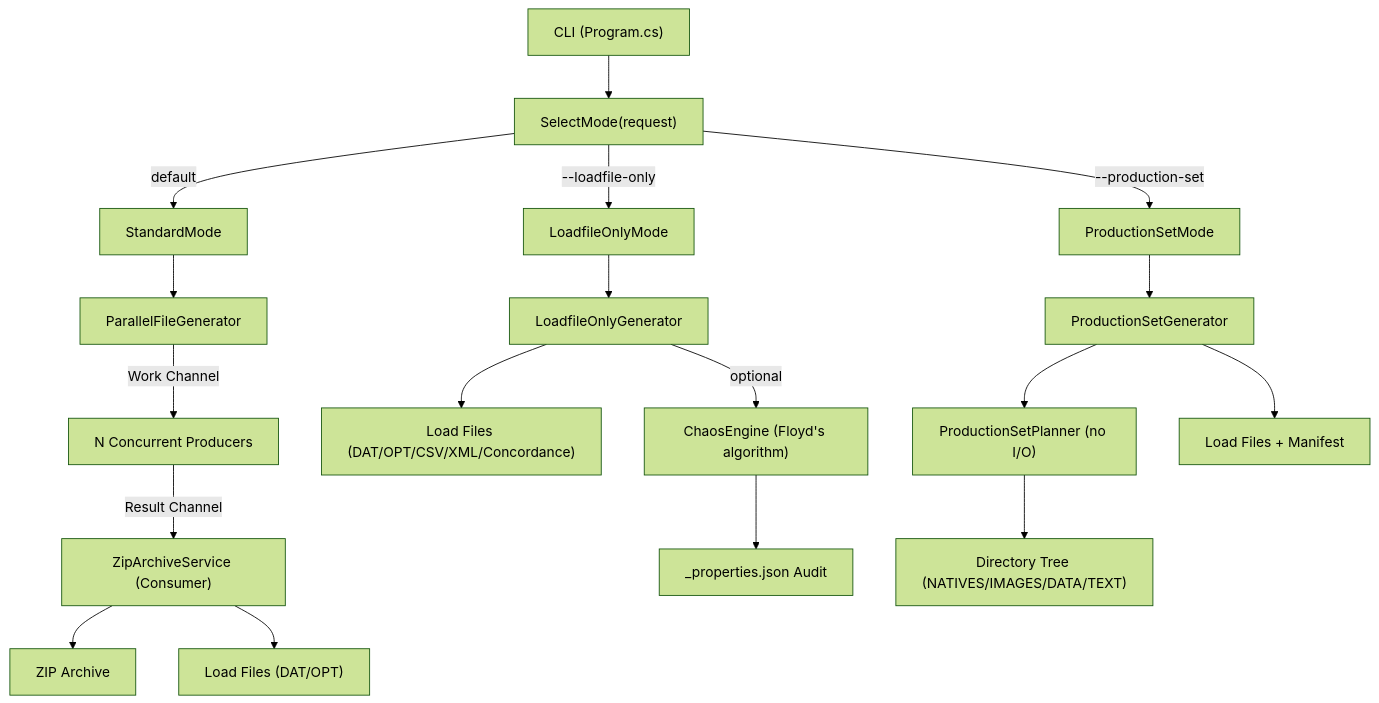
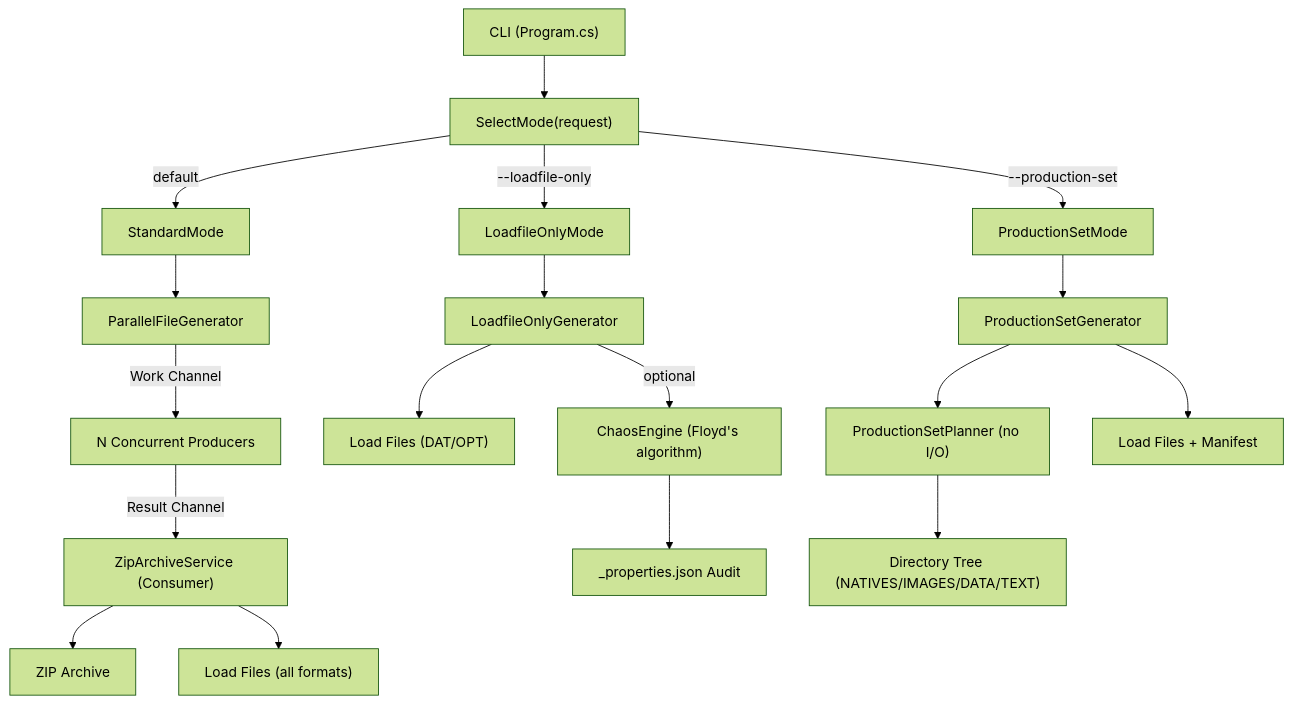
Before and after one commit to dwojtaszek/zipper: the first of 3 diagrams in docs/architecture.md, drawn with Mermaid (forest theme). The commit also changed 9 other files, not shown here.

````diff
--- a/docs/architecture.md
+++ b/docs/architecture.md
@@ -40,24 +40,24 @@
 ```mermaid
 graph TD
     CLI["CLI (Program.cs)"]
     CLI --> SelectMode["SelectMode(request)"]
     SelectMode -->|"default"| StandardMode["StandardMode"]
     SelectMode -->|"--loadfile-only"| LoadfileOnlyMode["LoadfileOnlyMode"]
     SelectMode -->|"--production-set"| ProductionSetMode["ProductionSetMode"]
 
     StandardMode --> PFG["ParallelFileGenerator"]
     PFG -->|"Work Channel"| Producers["N Concurrent Producers"]
     Producers -->|"Result Channel"| ZAS["ZipArchiveService (Consumer)"]
     ZAS --> ZIP["ZIP Archive"]
-    ZAS --> LF1["Load Files (DAT/OPT)"]
+    ZAS --> LF1["Load Files (all formats)"]
 
     LoadfileOnlyMode --> LOG["LoadfileOnlyGenerator"]
-    LOG --> LF2["Load Files (DAT/OPT/CSV/XML/Concordance)"]
+    LOG --> LF2["Load Files (DAT/OPT)"]
     LOG -->|"optional"| Chaos["ChaosEngine (Floyd's algorithm)"]
     Chaos --> Audit["_properties.json Audit"]
 
     ProductionSetMode --> PSG["ProductionSetGenerator"]
     PSG --> PSP["ProductionSetPlanner (no I/O)"]
     PSP --> Tree["Directory Tree (NATIVES/IMAGES/DATA/TEXT)"]
     PSG --> LF3["Load Files + Manifest"]
 ```
````
